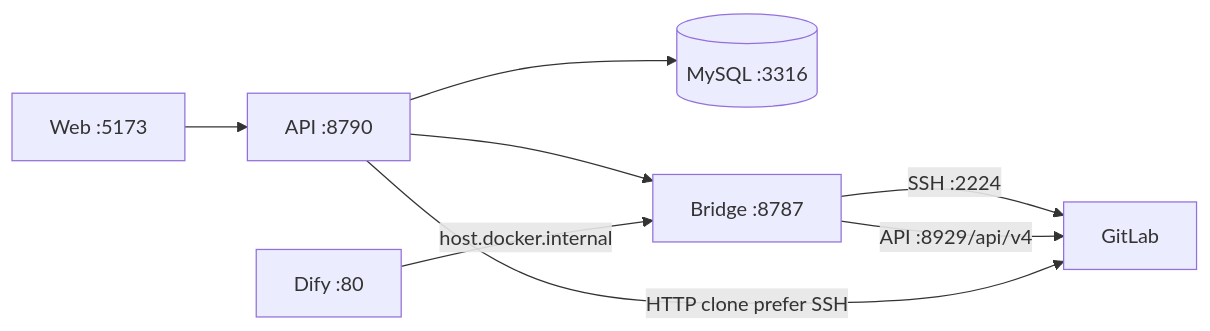
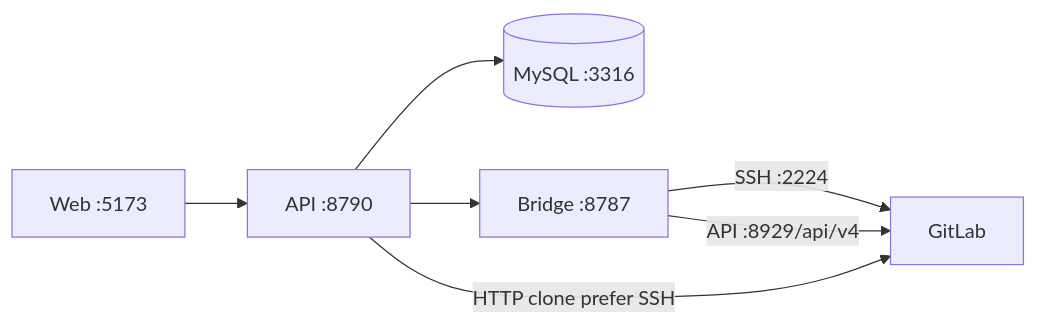
The second of 6 diagrams in docs/架构与时序图.md (xxxxxuhb/agent-studio), drawn with Mermaid before and after one commit. The commit also changed other lines of this file and 144 other files, not shown here.

````diff
--- a/docs/架构与时序图.md
+++ b/docs/架构与时序图.md
@@ -68,10 +68,9 @@
 ```mermaid
 flowchart LR
   W[Web :5173] --> A[API :8790]
   A --> M[(MySQL :3316)]
   A --> B[Bridge :8787]
-  D[Dify :80] -->|host.docker.internal| B
   B -->|SSH :2224| G[GitLab]
   B -->|API :8929/api/v4| G
   A -->|HTTP clone prefer SSH| G
 ```
````
